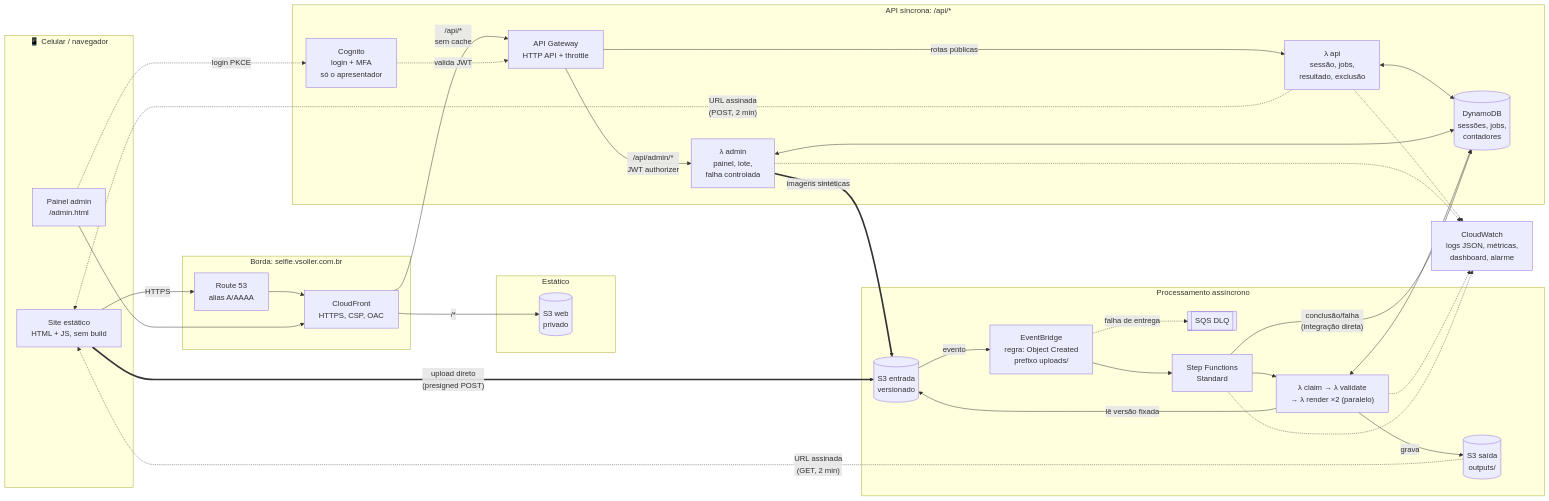
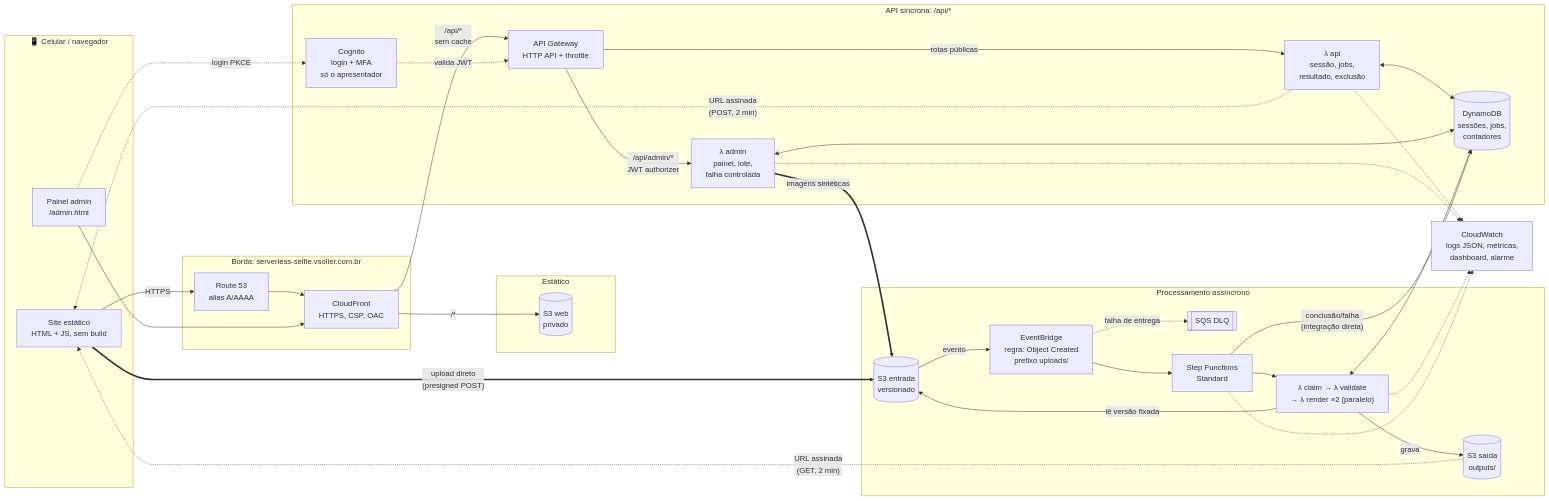
One commit to VgsStudio/serverless-selfie-sbg changed the first of 4 diagrams in README.md. Above: the diagram before and after it, drawn with Mermaid. The commit also changed other lines of this file and 3 other files, not shown here.

First line of the commit message:
feat: domínio serverless-selfie.vsoller.com.br e retry para throttle de Lambda

````diff
--- a/README.md
+++ b/README.md
@@ -52,58 +52,58 @@
 ```mermaid
 flowchart LR
     subgraph Cliente["📱 Celular / navegador"]
         UI["Site estático<br/>HTML + JS, sem build"]
         ADM["Painel admin<br/>/admin.html"]
     end
 
-    subgraph Borda["Borda: selfie.vsoller.com.br"]
+    subgraph Borda["Borda: serverless-selfie.vsoller.com.br"]
         R53["Route 53<br/>alias A/AAAA"]
         CF["CloudFront<br/>HTTPS, CSP, OAC"]
     end
 
     subgraph Estatico["Estático"]
         S3W[("S3 web<br/>privado")]
     end
 
     subgraph API["API síncrona: /api/*"]
         APIGW["API Gateway<br/>HTTP API + throttle"]
         COG["Cognito<br/>login + MFA<br/>só o apresentador"]
         LAPI["λ api<br/>sessão, jobs,<br/>resultado, exclusão"]
         LADM["λ admin<br/>painel, lote,<br/>falha controlada"]
         DDB[("DynamoDB<br/>sessões, jobs,<br/>contadores")]
     end
 
     subgraph Async["Processamento assíncrono"]
         S3IN[("S3 entrada<br/>versionado")]
         EB["EventBridge<br/>regra: Object Created<br/>prefixo uploads/"]
         DLQ[["SQS DLQ"]]
         SFN["Step Functions<br/>Standard"]
         LW["λ claim → λ validate<br/>→ λ render ×2 (paralelo)"]
         S3OUT[("S3 saída<br/>outputs/")]
     end
 
     CW["CloudWatch<br/>logs JSON, métricas,<br/>dashboard, alarme"]
 
     UI -- "HTTPS" --> R53 --> CF
     ADM --> CF
     CF -- "/*" --> S3W
     CF -- "/api/*<br/>sem cache" --> APIGW
     ADM -. "login PKCE" .-> COG
     APIGW -- "rotas públicas" --> LAPI
     APIGW -- "/api/admin/*<br/>JWT authorizer" --> LADM
     COG -. "valida JWT" .-> APIGW
     LAPI <--> DDB
     LADM <--> DDB
     LAPI -. "URL assinada<br/>(POST, 2 min)" .-> UI
     UI == "upload direto<br/>(presigned POST)" ==> S3IN
     LADM == "imagens sintéticas" ==> S3IN
     S3IN -- "evento" --> EB --> SFN
     EB -. "falha de entrega" .-> DLQ
     SFN --> LW
     LW <--> DDB
     LW -- "lê versão fixada" --> S3IN
     LW -- "grava" --> S3OUT
     SFN -- "conclusão/falha<br/>(integração direta)" --> DDB
     S3OUT -. "URL assinada<br/>(GET, 2 min)" .-> UI
     LAPI & LADM & LW & SFN -.-> CW
 ```
````
